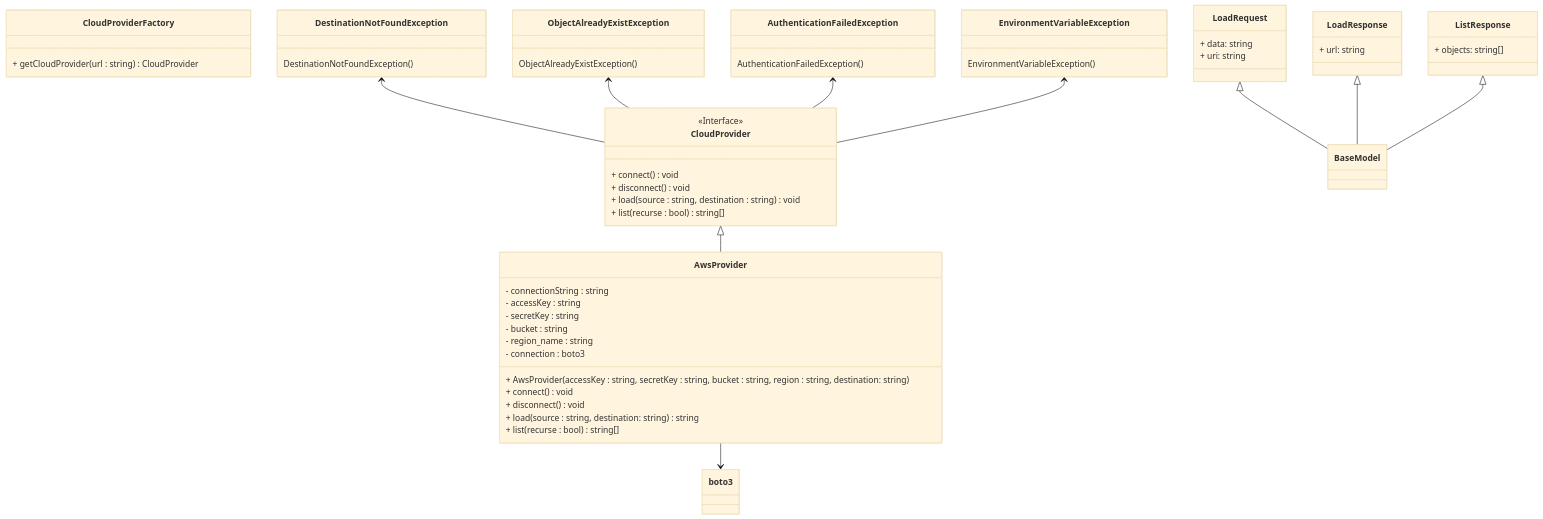
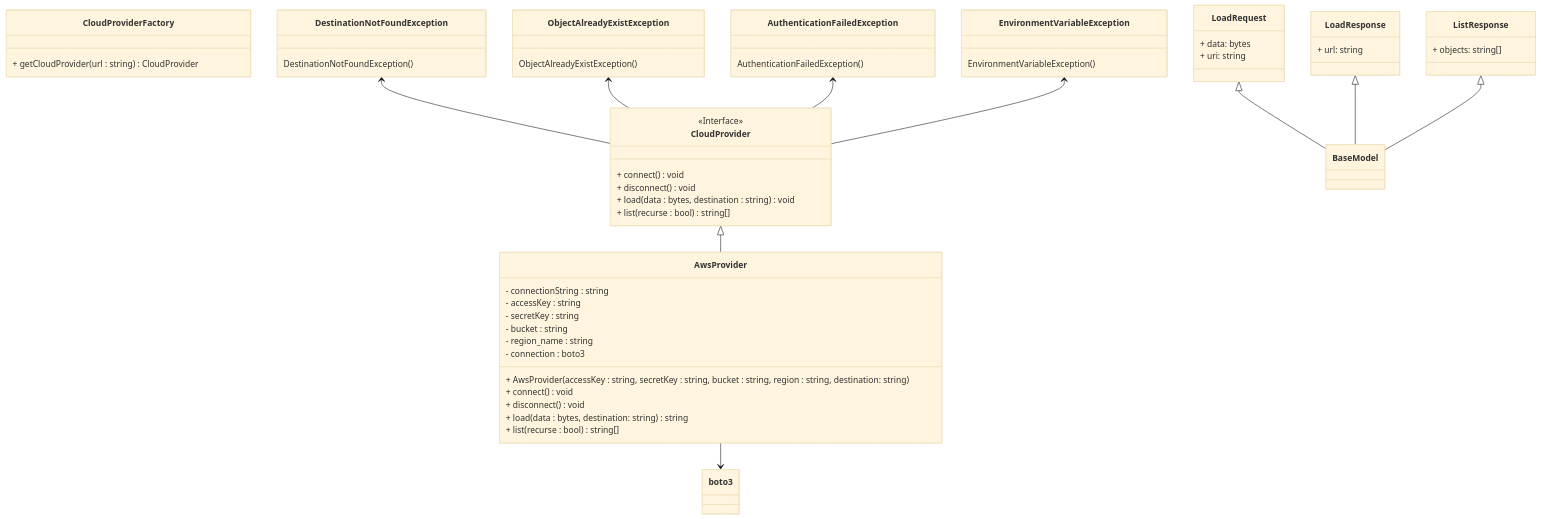
One commit to CPNV-ES-BI1-RIA2-ETL-INTERNAL-SOURCE/BUCKET changed the diagram in docs/class_diagram.md. Above: the diagram before and after it, drawn with Mermaid (base theme). The commit also changed 3 other files, not shown here.

Commit message:
refactor: change the accepting variable for data to be bytes

`````diff
--- a/docs/class_diagram.md
+++ b/docs/class_diagram.md
@@ -1,69 +1,69 @@
 ````mermaid
 classDiagram
     class CloudProvider {
         <<Interface>>        
         + connect() void
         + disconnect() void
-        + load(source : string, destination : string) void
+        + load(data : bytes, destination : string) void
         + list(recurse : bool) string[]
     }
     
     class CloudProviderFactory {
         + getCloudProvider(url : string) CloudProvider
     }
     
     CloudProvider <|-- AwsProvider
     class AwsProvider {
         - connectionString : string
         - accessKey : string
         - secretKey : string
         - bucket : string
         - region_name : string
         - connection : boto3
 
         + AwsProvider(accessKey : string, secretKey : string, bucket : string, region : string, destination: string)
         + connect() void 
         + disconnect() void
-        + load(source : string, destination: string) string
+        + load(data : bytes, destination: string) string
         + list(recurse : bool) string[]
     }
     
     DestinationNotFoundException <-- CloudProvider
     class DestinationNotFoundException {
         DestinationNotFoundException()
     }
     
     ObjectAlreadyExistException <-- CloudProvider
     class ObjectAlreadyExistException {
         ObjectAlreadyExistException()
     }
     
     AuthenticationFailedException <-- CloudProvider
     class AuthenticationFailedException {
         AuthenticationFailedException()
     }
     
     EnvironmentVariableException <-- CloudProvider
     class EnvironmentVariableException {
         EnvironmentVariableException()
     }
 
     AwsProvider --> boto3
     
     
     LoadRequest <|-- BaseModel
     class LoadRequest {
-    + data: string
+    + data: bytes
     + uri: string
     }
     
     LoadResponse <|-- BaseModel
     class LoadResponse {
     + url: string
     }
     
     ListResponse <|-- BaseModel
     class ListResponse {
     + objects: string[]
     }
 ````
`````
